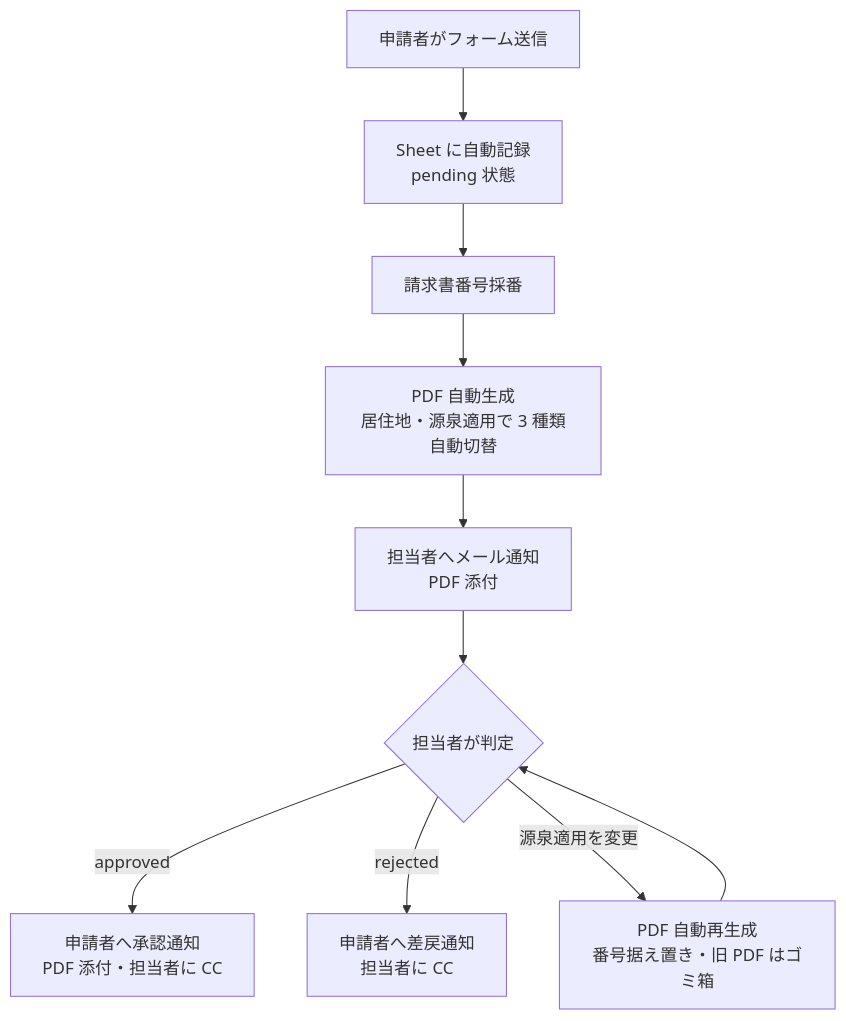
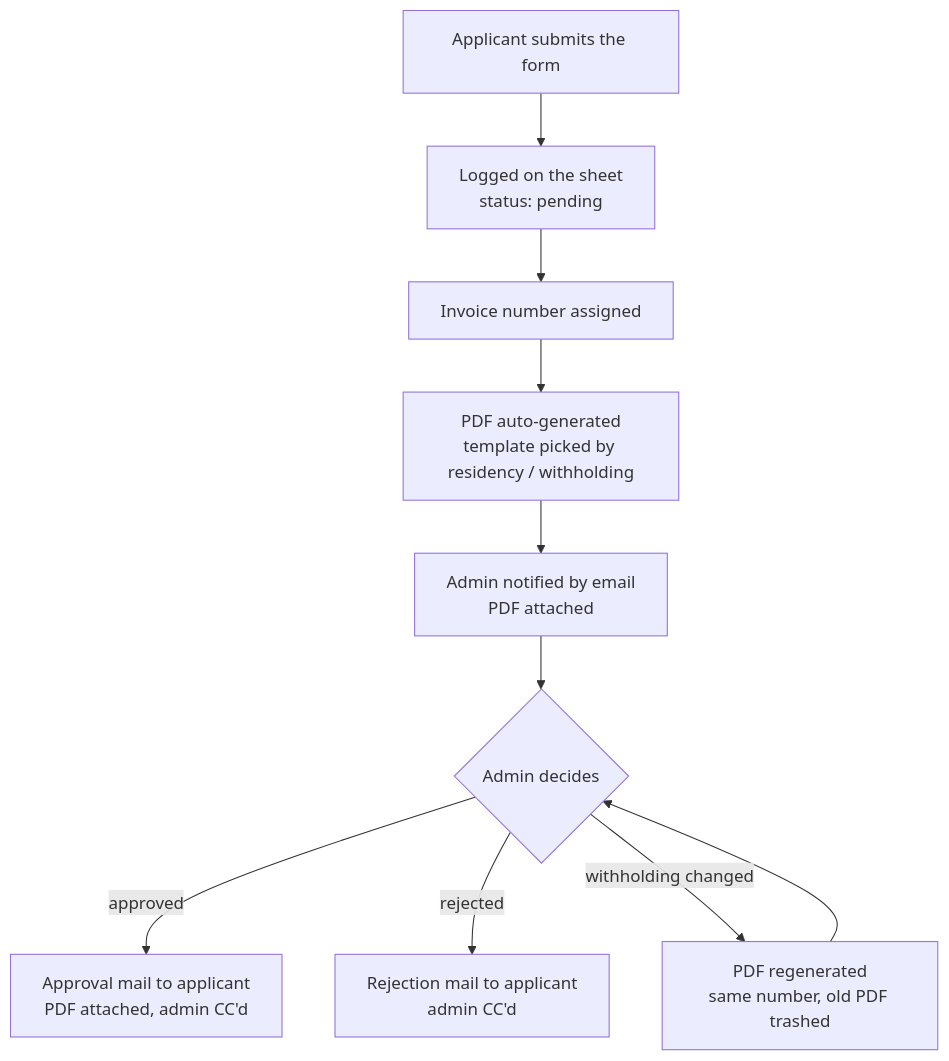
One commit to CVERInc/seikyusho changed the diagram in README.md. Above: the diagram before and after it, drawn with Mermaid. The commit also changed other lines of this file, not shown here.

````diff
--- a/README.md
+++ b/README.md
@@ -193,12 +186,12 @@
 ```mermaid
 flowchart TD
-    A[申請者がフォーム送信] --> B[Sheet に自動記録<br/>pending 状態]
-    B --> C[請求書番号採番]
-    C --> D[PDF 自動生成<br/>居住地・源泉適用で 3 種類自動切替]
-    D --> E[担当者へメール通知<br/>PDF 添付]
-    E --> F{担当者が判定}
-    F -->|approved| G[申請者へ承認通知<br/>PDF 添付・担当者に CC]
-    F -->|rejected| H[申請者へ差戻通知<br/>担当者に CC]
-    F -->|源泉適用を変更| I[PDF 自動再生成<br/>番号据え置き・旧 PDF はゴミ箱]
+    A[Applicant submits the form] --> B[Logged on the sheet<br/>status: pending]
+    B --> C[Invoice number assigned]
+    C --> D[PDF auto-generated<br/>template picked by residency / withholding]
+    D --> E[Admin notified by email<br/>PDF attached]
+    E --> F{Admin decides}
+    F -->|approved| G[Approval mail to applicant<br/>PDF attached, admin CC'd]
+    F -->|rejected| H[Rejection mail to applicant<br/>admin CC'd]
+    F -->|withholding changed| I[PDF regenerated<br/>same number, old PDF trashed]
     I --> F
 ```
````
